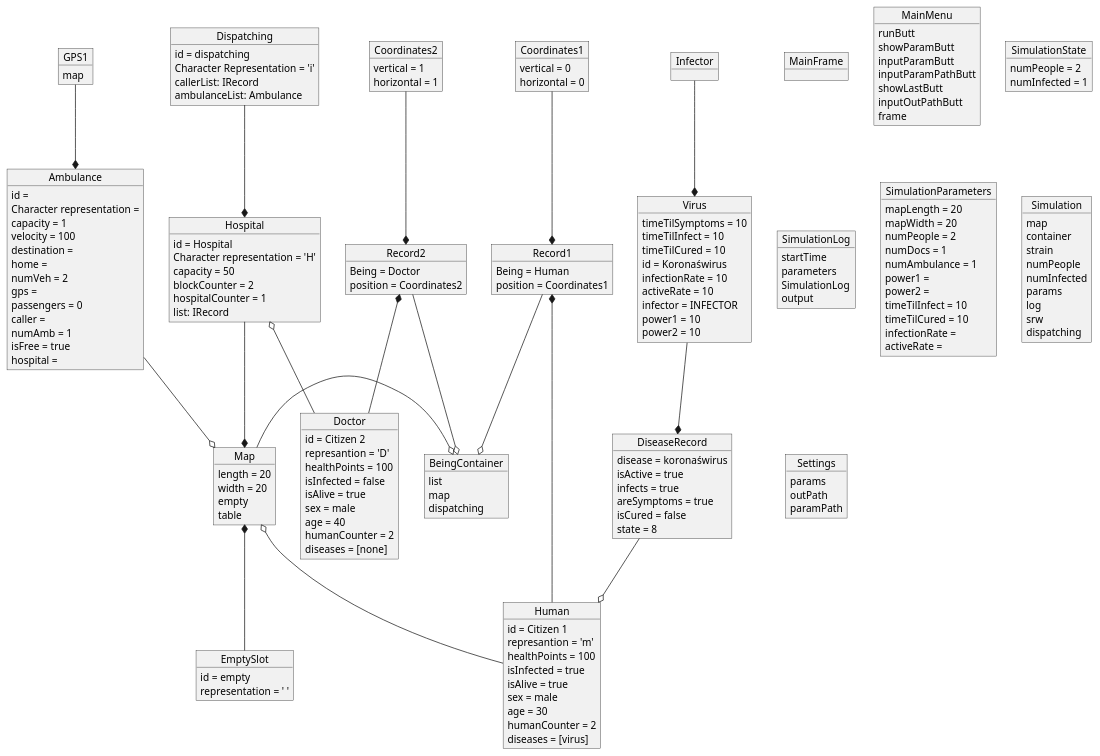
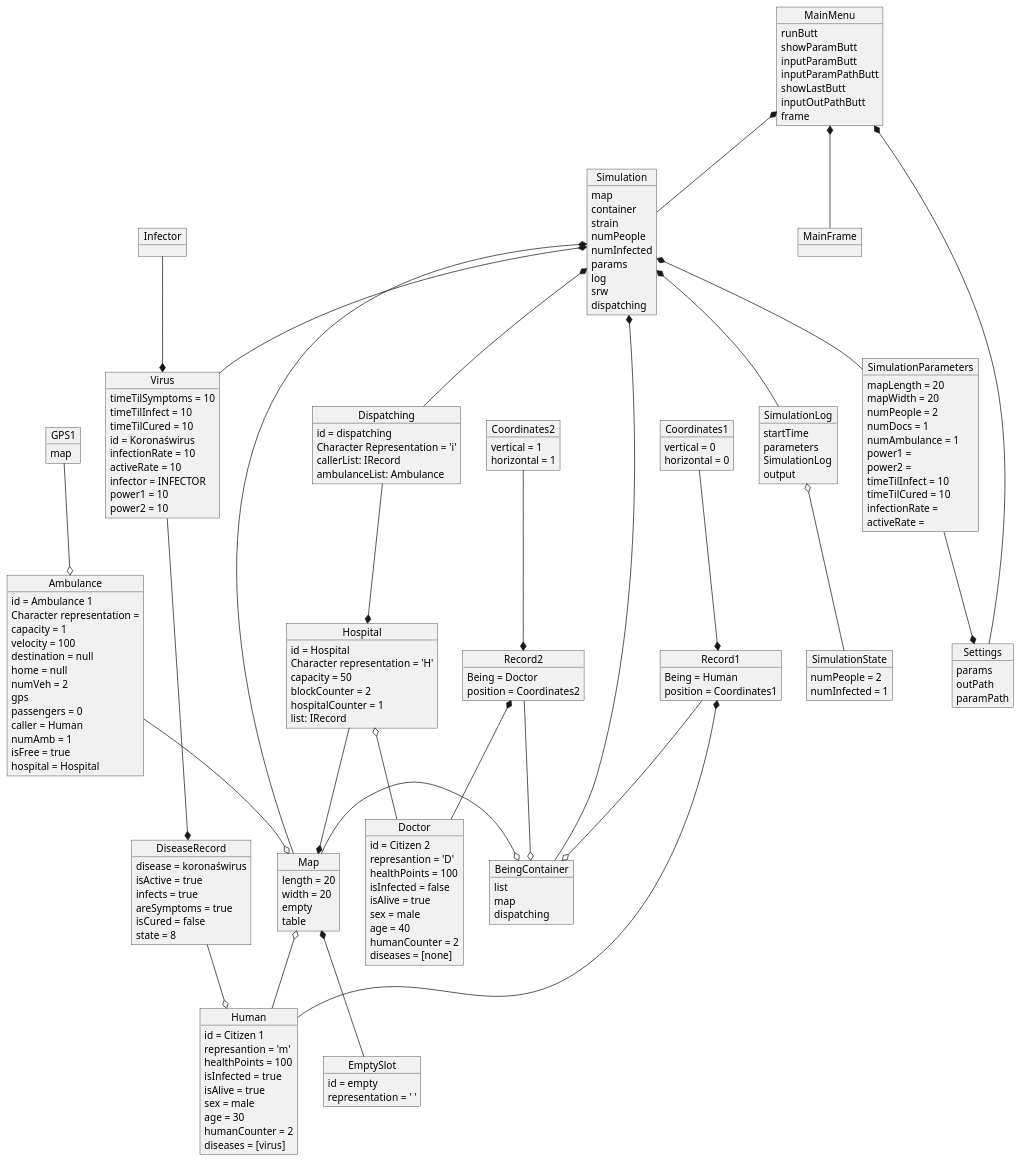
The diagram in dokumentacja/Object_diagram/Object_diagram.plantuml (karolWazny/plague-repo), drawn with PlantUML before and after one commit.

```diff
--- a/dokumentacja/Object_diagram/Object_diagram.plantuml
+++ b/dokumentacja/Object_diagram/Object_diagram.plantuml
@@ -30,19 +30,19 @@
     map 
 }
 object Ambulance{
-    id =
+    id = Ambulance 1
     Character representation = 
     capacity = 1
     velocity = 100
-    destination = 
-    home = 
+    destination = null
+    home = null
     numVeh = 2
-    gps = 
+    gps
     passengers = 0
-    caller = 
+    caller = Human
     numAmb = 1
     isFree = true
-    hospital = 
+    hospital = Hospital
 }
 
 
@@ -218,15 +218,10 @@
 Record2 *-- Doctor
 Record1 --o BeingContainer
 Hospital --* Map 
-
-GPS1 --* Ambulance 
+GPS1 --o Ambulance 
 Ambulance --o Map
-
-
 Infector --* Virus
 Dispatching --* Hospital
-
-
 Virus --* DiseaseRecord
 DiseaseRecord --o Human
 Coordinates1 --* Record1
@@ -234,4 +229,16 @@
 Coordinates2 --* Record2
 
 
+SimulationLog o-- SimulationState
+SimulationParameters --* Settings
+Simulation *-- Map
+Simulation *-- BeingContainer
+Simulation *-- SimulationParameters
+Simulation *-- SimulationLog
+Simulation *-- Dispatching
+Simulation *-- Virus
+MainMenu *-- Simulation
+MainMenu *-- Settings
+MainMenu *-- MainFrame
+
 @enduml 
```
